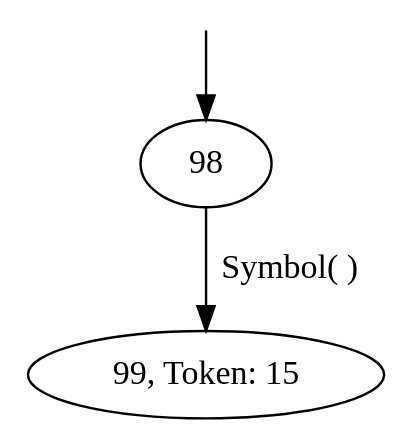
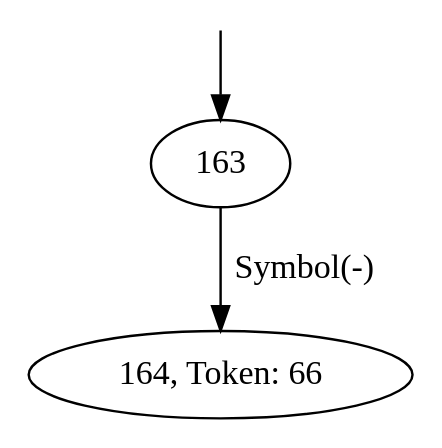
Before and after one commit to Thewbi/stm8_asm: the diagram in src_automaton.dot, drawn with Graphviz. The commit also changed 28 other files, not shown here.

```diff
--- a/src_automaton.dot
+++ b/src_automaton.dot
@@ -1,8 +1,8 @@
 // https://dreampuf.github.io/GraphvizOnline
 
 digraph {
 	start_pointer [label= "", shape=none,height=.0,width=.0]
-	start_pointer -> 98;
-	99[label="99, Token: 15"];
-	98 -> 99[label="Symbol( )"];
+	start_pointer -> 163;
+	164[label="164, Token: 66"];
+	163 -> 164[label="Symbol(-)"];
 }
```
